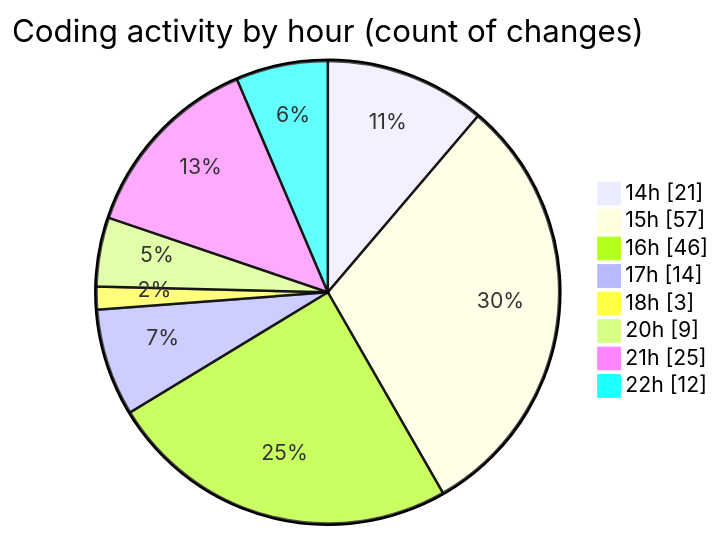
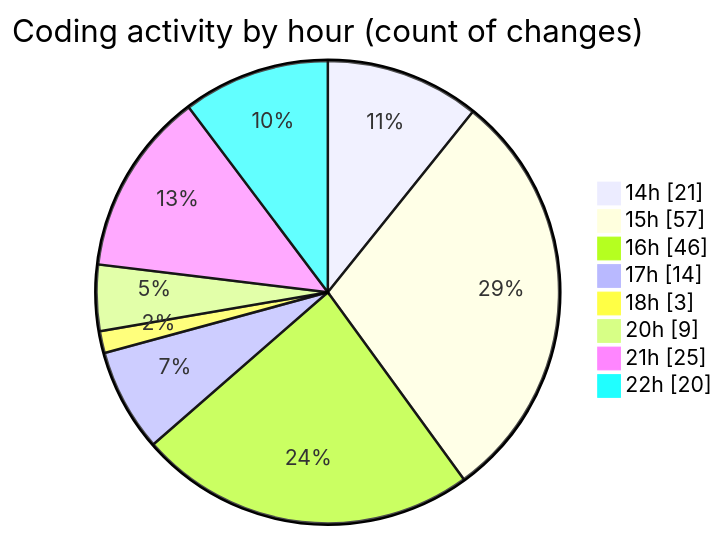
One commit to Ritupan-Deka/code-tracking changed the second of 2 diagrams in 2025-05-24/projects/README.md. Above: the diagram before and after it, drawn with Mermaid. The commit also changed other lines of this file and 1 other file, not shown here.

````diff
--- a/2025-05-24/projects/README.md
+++ b/2025-05-24/projects/README.md
@@ -35,12 +35,12 @@
 ```mermaid
 pie showData
 title Coding activity by hour (count of changes)
 "14h" : 21
 "15h" : 57
 "16h" : 46
 "17h" : 14
 "18h" : 3
 "20h" : 9
 "21h" : 25
-"22h" : 12
+"22h" : 20
 ```
````
